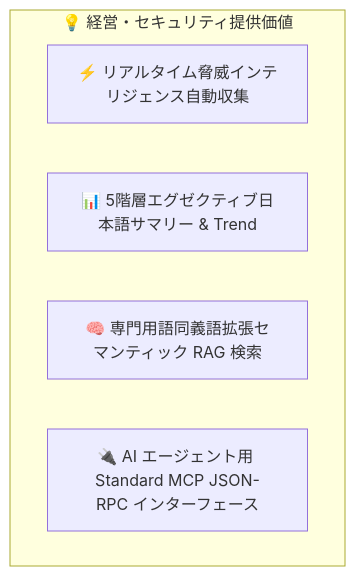
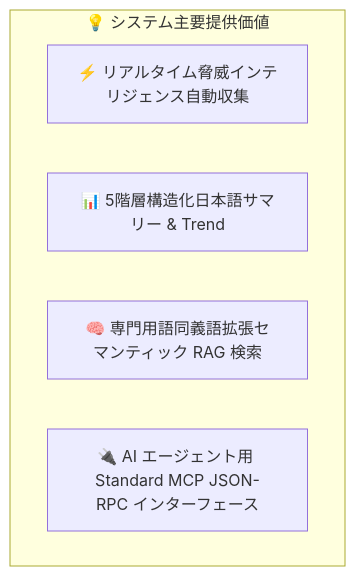
One commit to rokujyouhitoma/arxiv-security-papers changed the first of 2 diagrams in docs/designs/DSN-01-high_level_design.md. Above: the diagram before and after it, drawn with Mermaid. The commit also changed other lines of this file, not shown here.

````diff
--- a/docs/designs/DSN-01-high_level_design.md
+++ b/docs/designs/DSN-01-high_level_design.md
@@ -11,9 +11,9 @@
 ```mermaid
 flowchart TD
-    subgraph BusinessValue ["💡 経営・セキュリティ提供価値"]
+    subgraph CoreValue ["💡 システム主要提供価値"]
         V1["⚡ リアルタイム脅威インテリジェンス自動収集"]
-        V2["📊 5階層エグゼクティブ日本語サマリー & Trend"]
+        V2["📊 5階層構造化日本語サマリー & Trend"]
         V3["🧠 専門用語同義語拡張セマンティック RAG 検索"]
         V4["🔌 AI エージェント用 Standard MCP JSON-RPC インターフェース"]
     end
 ```
````
